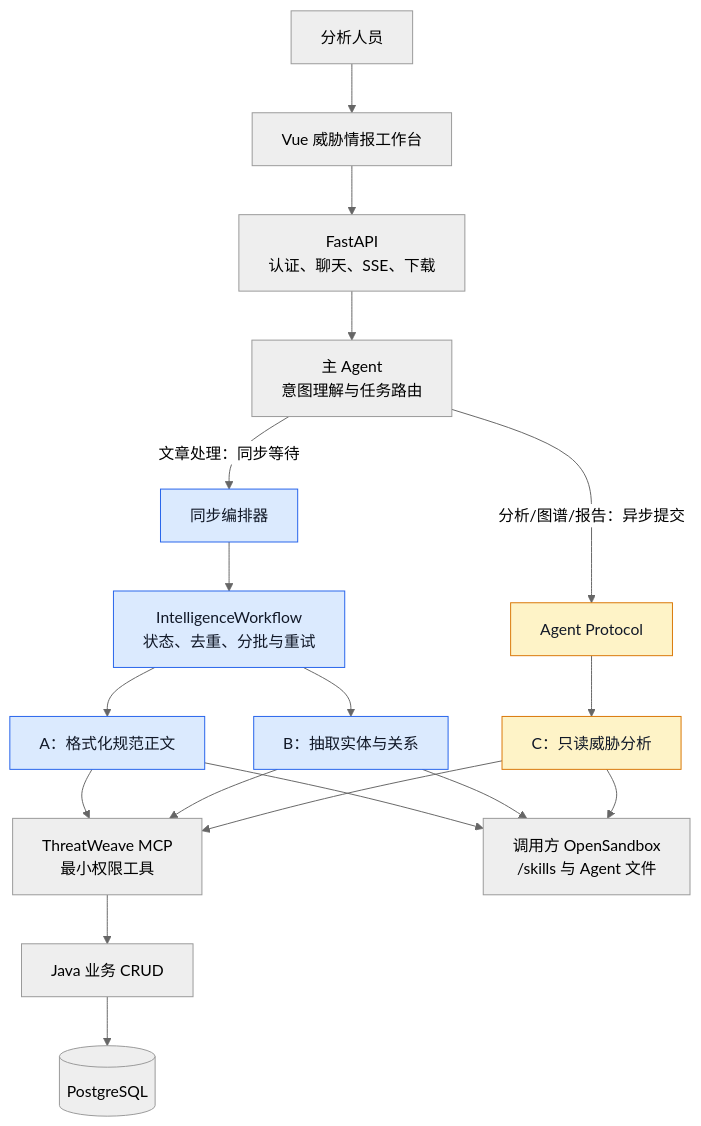
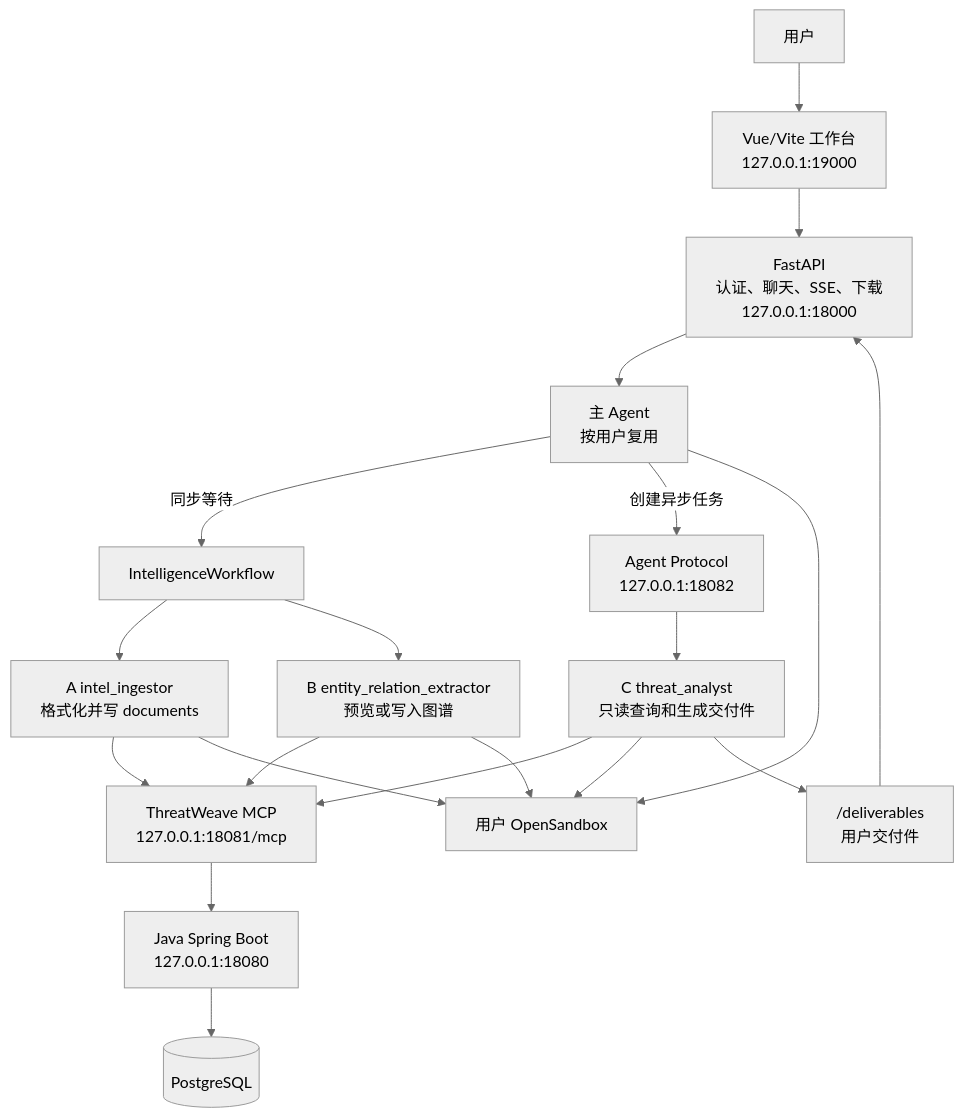
The first of 9 diagrams in doc/PROJECT_DOCUMENTATION.md (greenC2h/ThreatWeave), drawn with Mermaid (neutral theme) before and after one commit. The commit also changed other lines of this file and 3 other files, not shown here.

````diff
--- a/doc/PROJECT_DOCUMENTATION.md
+++ b/doc/PROJECT_DOCUMENTATION.md
@@ -28,28 +64,26 @@
 ```mermaid
 flowchart TB
-    USER["分析人员"] --> WEB["Vue 威胁情报工作台"]
-    WEB --> API["FastAPI<br/>认证、聊天、SSE、下载"]
-    API --> MAIN["主 Agent<br/>意图理解与任务路由"]
+    USER["用户"] --> WEB["Vue/Vite 工作台<br/>127.0.0.1:19000"]
+    WEB --> API["FastAPI<br/>认证、聊天、SSE、下载<br/>127.0.0.1:18000"]
+    API --> MAIN["主 Agent<br/>按用户复用"]
 
-    MAIN -->|"文章处理：同步等待"| ORCHESTRATOR["同步编排器"]
-    ORCHESTRATOR --> WORKFLOW["IntelligenceWorkflow<br/>状态、去重、分批与重试"]
-    WORKFLOW --> A["A：格式化规范正文"]
-    WORKFLOW --> B["B：抽取实体与关系"]
+    MAIN -->|"同步等待"| WF["IntelligenceWorkflow"]
+    WF --> A["A intel_ingestor<br/>格式化并写 documents"]
+    WF --> B["B entity_relation_extractor<br/>预览或写入图谱"]
 
-    MAIN -->|"分析/图谱/报告：异步提交"| PROTOCOL["Agent Protocol"]
-    PROTOCOL --> C["C：只读威胁分析"]
+    MAIN -->|"创建异步任务"| PROTOCOL["Agent Protocol<br/>127.0.0.1:18082"]
+    PROTOCOL --> C["C threat_analyst<br/>只读查询和生成交付件"]
 
-    A --> MCP["ThreatWeave MCP<br/>最小权限工具"]
+    A --> MCP["ThreatWeave MCP<br/>127.0.0.1:18081/mcp"]
     B --> MCP
     C --> MCP
-    MCP --> JAVA["Java 业务 CRUD"]
+    MCP --> JAVA["Java Spring Boot<br/>127.0.0.1:18080"]
     JAVA --> DB[("PostgreSQL")]
-    A --> SANDBOX["调用方 OpenSandbox<br/>/skills 与 Agent 文件"]
-    B --> SANDBOX
-    C --> SANDBOX
 
-    classDef sync fill:#dbeafe,stroke:#2563eb,color:#111827;
-    classDef async fill:#fef3c7,stroke:#d97706,color:#111827;
-    class ORCHESTRATOR,WORKFLOW,A,B sync;
-    class PROTOCOL,C async;
+    MAIN --> SB["用户 OpenSandbox"]
+    A --> SB
+    B --> SB
+    C --> SB
+    C --> DELIVER["/deliverables<br/>用户交付件"]
+    DELIVER --> API
 ```
````
